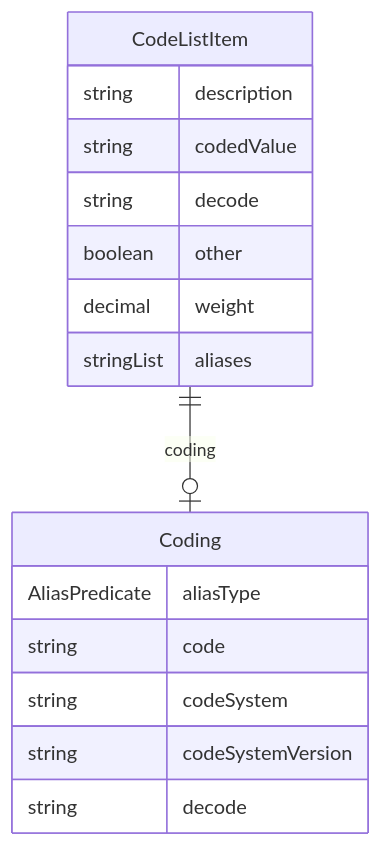
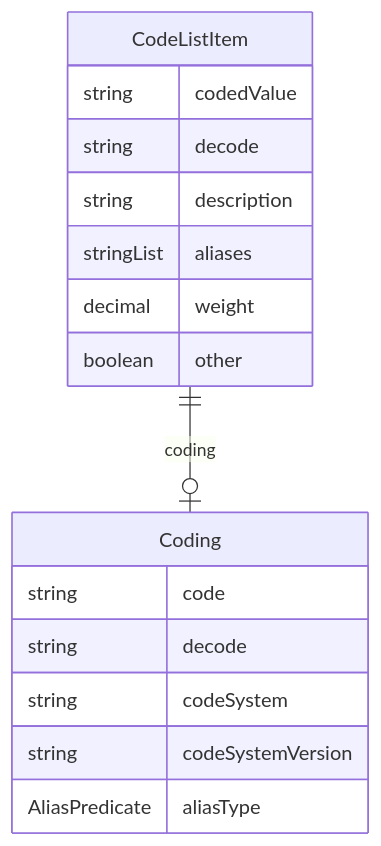
One commit to cdisc-org/DataExchange-DDS changed the diagram in docs/classes/CodeListItem.md. Above: the diagram before and after it, drawn with Mermaid. The commit also changed other lines of this file and 313 other files, not shown here.

````diff
--- a/docs/classes/CodeListItem.md
+++ b/docs/classes/CodeListItem.md
@@ -20,21 +15,21 @@
 ```mermaid
 erDiagram
 CodeListItem {
-    string description  
     string codedValue  
     string decode  
+    string description  
+    stringList aliases  
+    decimal weight  
     boolean other  
-    decimal weight  
-    stringList aliases  
 }
 Coding {
-    AliasPredicate aliasType  
     string code  
+    string decode  
     string codeSystem  
     string codeSystemVersion  
-    string decode  
+    AliasPredicate aliasType  
 }
 
 CodeListItem ||--|o Coding : "coding"
 
 ```
````
